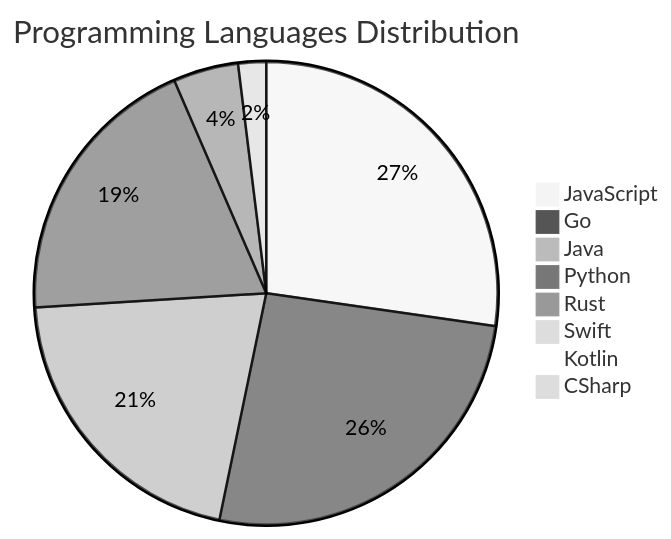
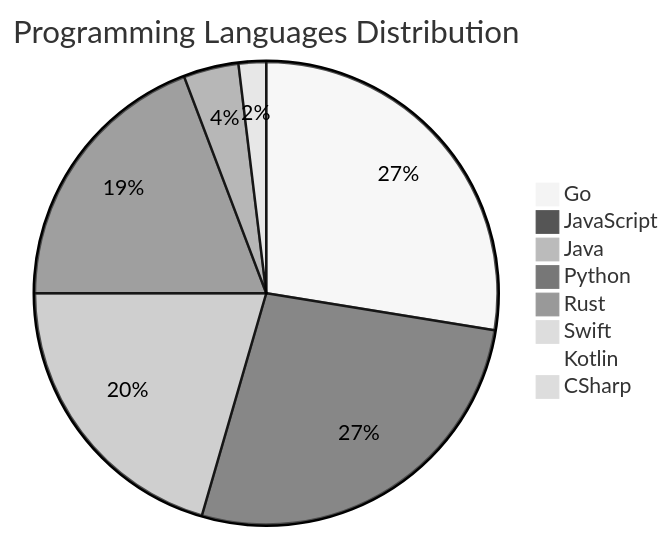
One commit to Derrick-MUGISHA/github-activity-bot changed the diagram in README.md. Above: the diagram before and after it, drawn with Mermaid (neutral theme). The commit also changed other lines of this file and 4 other files, not shown here.

````diff
--- a/README.md
+++ b/README.md
@@ -208,11 +208,11 @@
 ```mermaid
 pie title Programming Languages Distribution
+    "Go" : 43
     "JavaScript" : 42
-    "Go" : 40
     "Java" : 32
     "Python" : 30
-    "Rust" : 7
+    "Rust" : 6
     "Swift" : 3
     "Kotlin" : 1
     "CSharp" : 1
 ```
````
